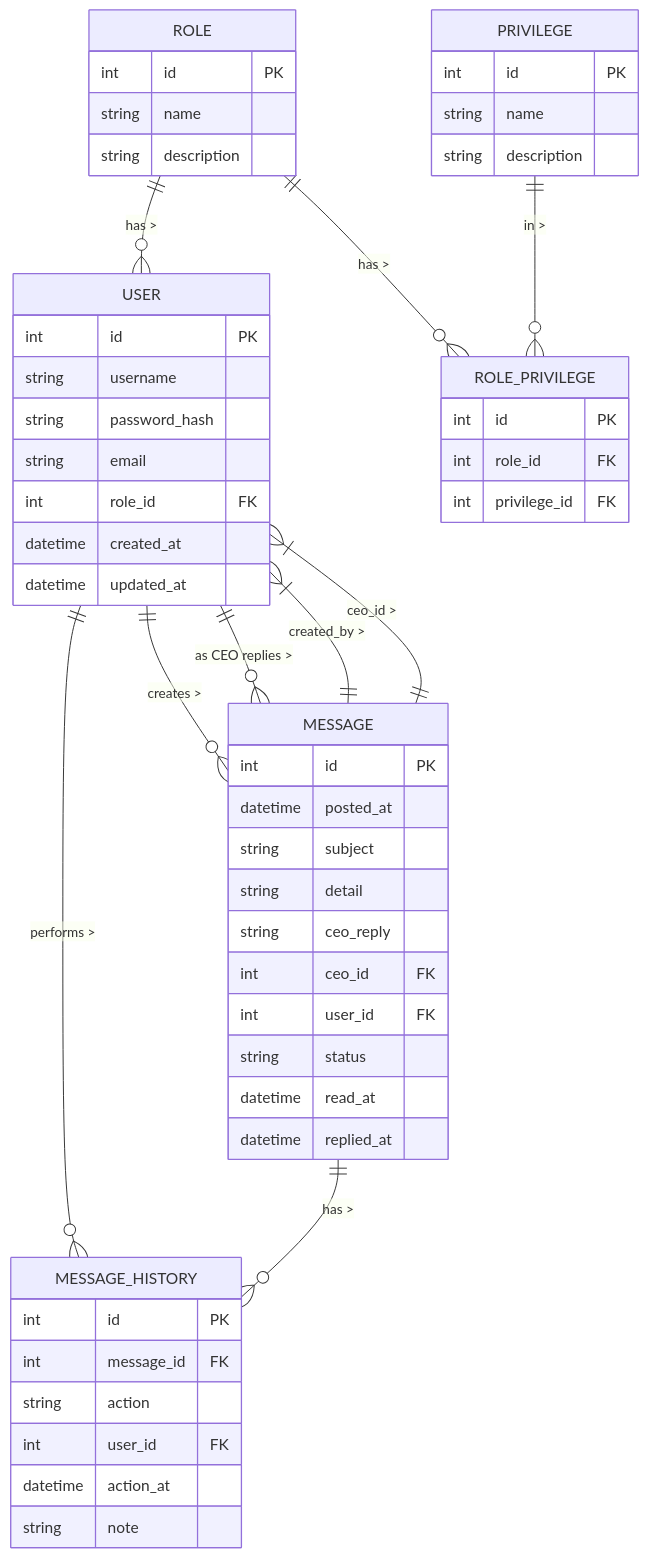
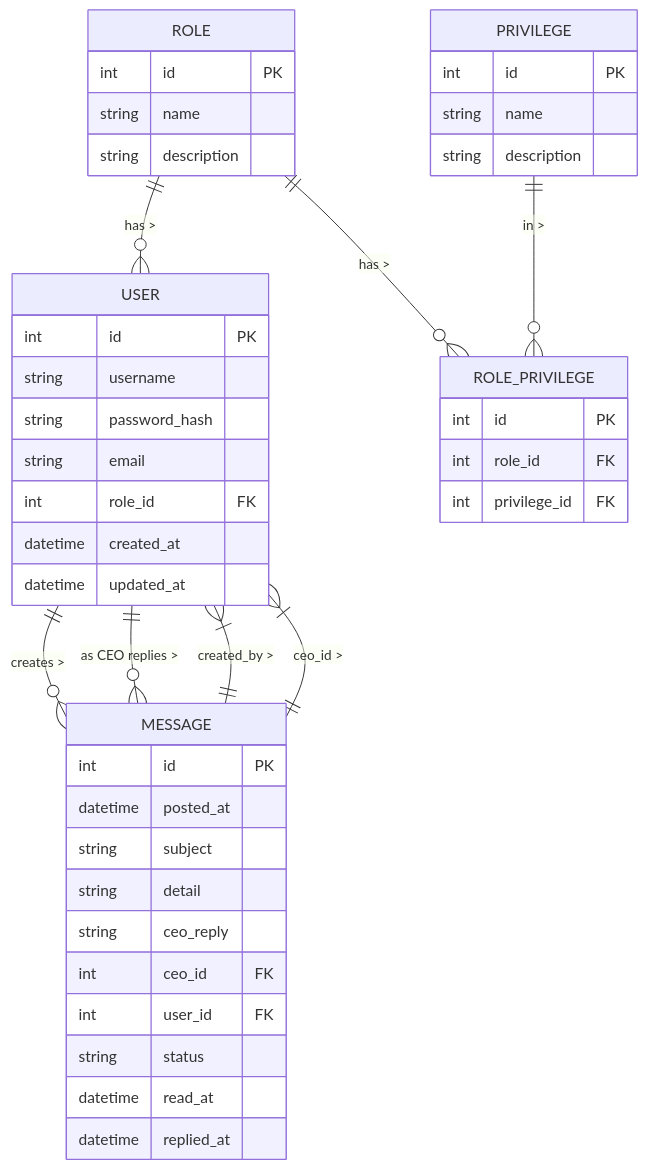
The diagram in docs/er-diagram.md (punnatorn6420/talk), drawn with Mermaid before and after one commit. The commit also changed 38 other files, not shown here.

First line of the commit message:
feat(backend-share): Implement repositories and services for user, role, and message management

````diff
--- a/docs/er-diagram.md
+++ b/docs/er-diagram.md
@@ -3,56 +1,47 @@
 ```mermaid
 erDiagram
 	USER {
 		int id PK
 		string username
 		string password_hash
 		string email
 		int role_id FK
 		datetime created_at
 		datetime updated_at
 	}
 	ROLE {
 		int id PK
 		string name
 		string description
 	}
 	PRIVILEGE {
 		int id PK
 		string name
 		string description
 	}
 	ROLE_PRIVILEGE {
 		int id PK
 		int role_id FK
 		int privilege_id FK
 	}
 	MESSAGE {
 		int id PK
 		datetime posted_at
 		string subject
 		string detail
 		string ceo_reply
 		int ceo_id FK
 		int user_id FK
 		string status
 		datetime read_at
 		datetime replied_at
 	}
-	MESSAGE_HISTORY {
-		int id PK
-		int message_id FK
-		string action
-		int user_id FK
-		datetime action_at
-		string note
-	}
+
 	USER ||--o{ MESSAGE : "creates >"
-	USER ||--o{ MESSAGE_HISTORY : "performs >"
 	ROLE ||--o{ USER : "has >"
 	ROLE ||--o{ ROLE_PRIVILEGE : "has >"
 	PRIVILEGE ||--o{ ROLE_PRIVILEGE : "in >"
-	MESSAGE ||--o{ MESSAGE_HISTORY : "has >"
 	USER ||--o{ MESSAGE : "as CEO replies >"
 	MESSAGE ||--|{ USER : "created_by >"
 	MESSAGE ||--|{ USER : "ceo_id >"
 ```
````
